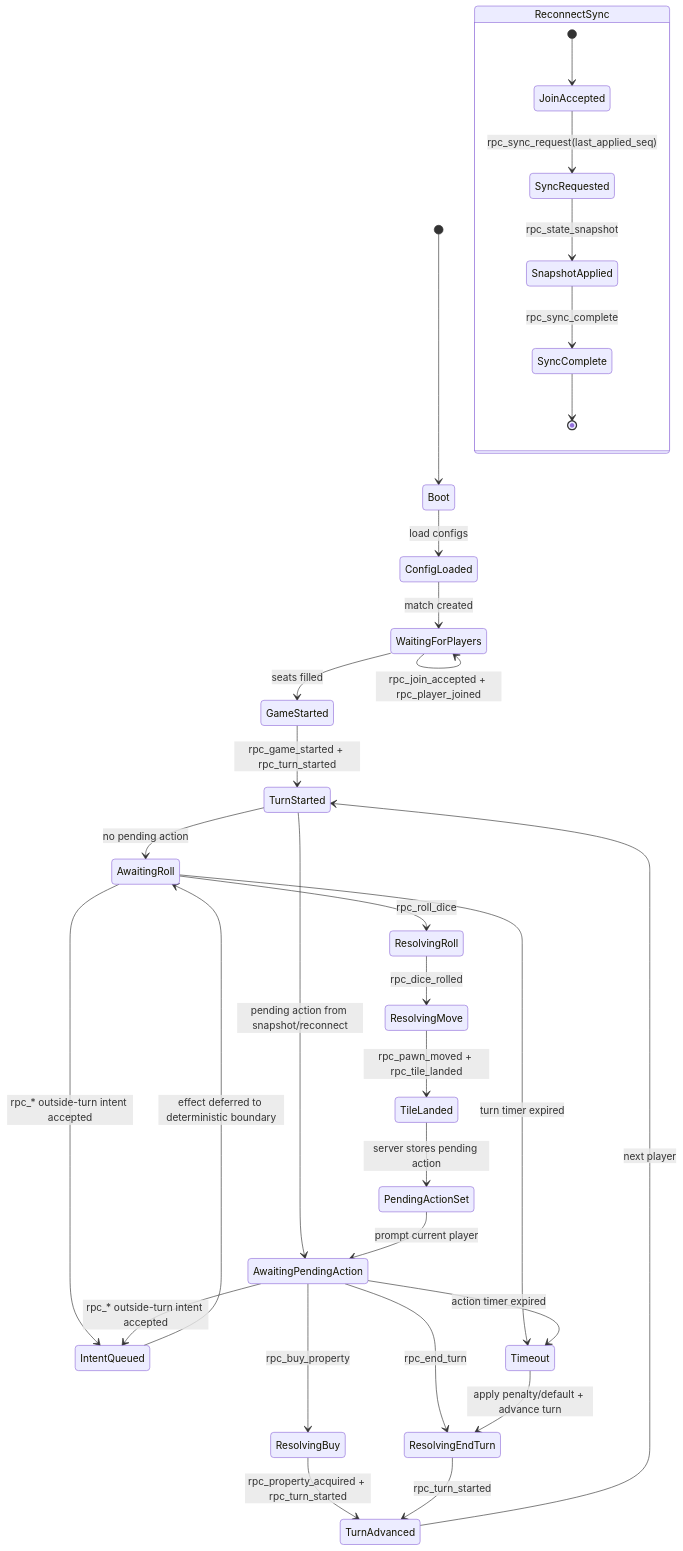
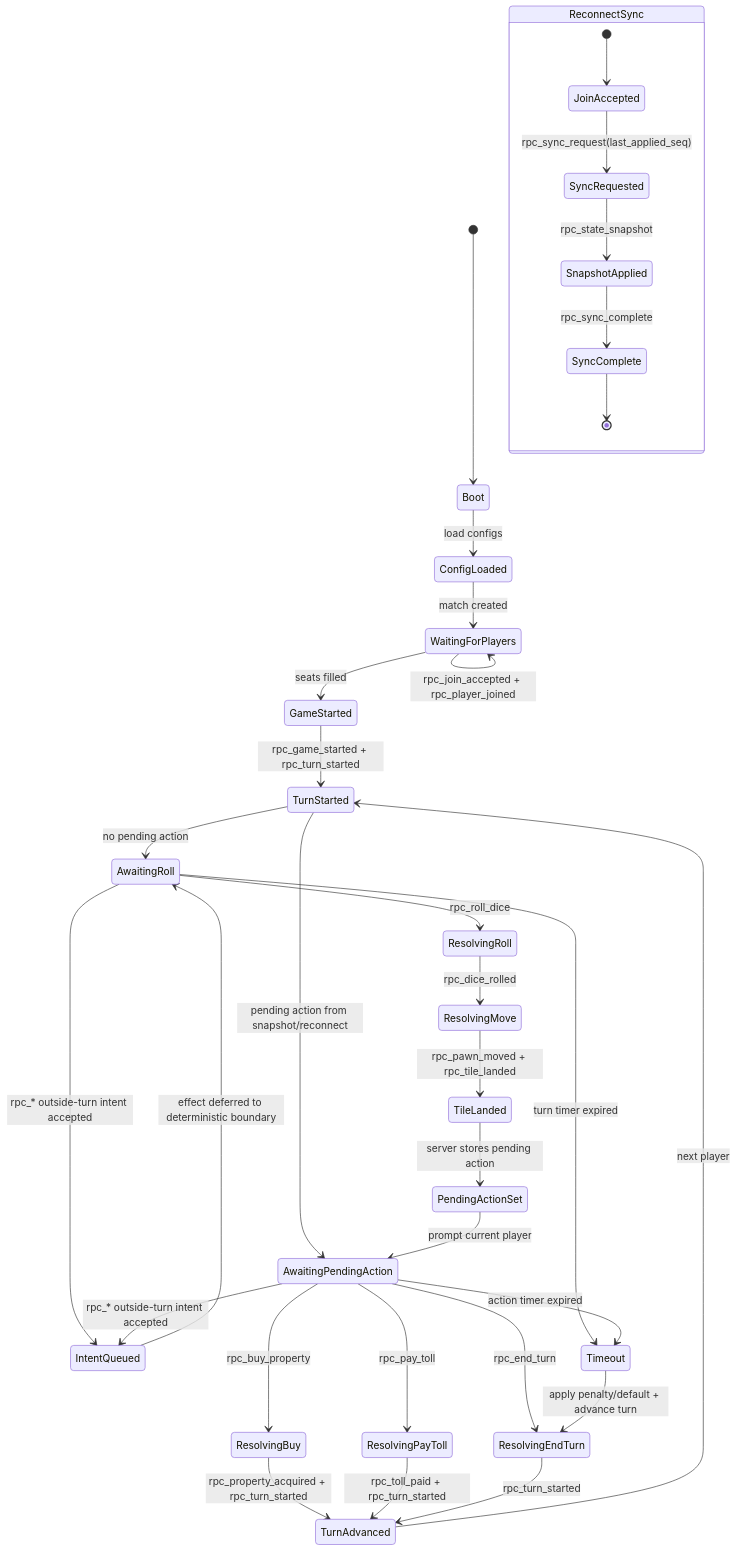
One commit to Falafel-Open-Games/evanopolis-ui-slice changed the diagram in docs/state-machine.md. Above: the diagram before and after it, drawn with Mermaid. The commit also changed other lines of this file and 13 other files, not shown here.

First line of the commit message:
feat: implement pay toll action flow and prompt handling

````diff
--- a/docs/state-machine.md
+++ b/docs/state-machine.md
@@ -5,39 +5,41 @@
 ```mermaid
 stateDiagram-v2
     [*] --> Boot
     Boot --> ConfigLoaded: load configs
     ConfigLoaded --> WaitingForPlayers: match created
     WaitingForPlayers --> WaitingForPlayers: rpc_join (reject invalid)
     WaitingForPlayers --> WaitingForPlayers: rpc_join_accepted + rpc_player_joined
     WaitingForPlayers --> GameStarted: seats filled
     GameStarted --> TurnStarted: rpc_game_started + rpc_turn_started
 
     TurnStarted --> AwaitingRoll: no pending action
     TurnStarted --> AwaitingPendingAction: pending action from snapshot/reconnect
     AwaitingRoll --> ResolvingRoll: rpc_roll_dice
     ResolvingRoll --> ResolvingMove: rpc_dice_rolled
     ResolvingMove --> TileLanded: rpc_pawn_moved + rpc_tile_landed
     TileLanded --> PendingActionSet: server stores pending action
     PendingActionSet --> AwaitingPendingAction: prompt current player
     AwaitingPendingAction --> ResolvingBuy: rpc_buy_property
+    AwaitingPendingAction --> ResolvingPayToll: rpc_pay_toll
     AwaitingPendingAction --> ResolvingEndTurn: rpc_end_turn
     ResolvingBuy --> TurnAdvanced: rpc_property_acquired + rpc_turn_started
+    ResolvingPayToll --> TurnAdvanced: rpc_toll_paid + rpc_turn_started
     ResolvingEndTurn --> TurnAdvanced: rpc_turn_started
     TurnAdvanced --> TurnStarted: next player
 
     AwaitingRoll --> IntentQueued: rpc_* outside-turn intent accepted
     AwaitingPendingAction --> IntentQueued: rpc_* outside-turn intent accepted
     IntentQueued --> AwaitingRoll: effect deferred to deterministic boundary
 
     AwaitingRoll --> Timeout: turn timer expired
     AwaitingPendingAction --> Timeout: action timer expired
     Timeout --> ResolvingEndTurn: apply penalty/default + advance turn
 
     state ReconnectSync {
       [*] --> JoinAccepted
       JoinAccepted --> SyncRequested: rpc_sync_request(last_applied_seq)
       SyncRequested --> SnapshotApplied: rpc_state_snapshot
       SnapshotApplied --> SyncComplete: rpc_sync_complete
       SyncComplete --> [*]
     }
 ```
````
